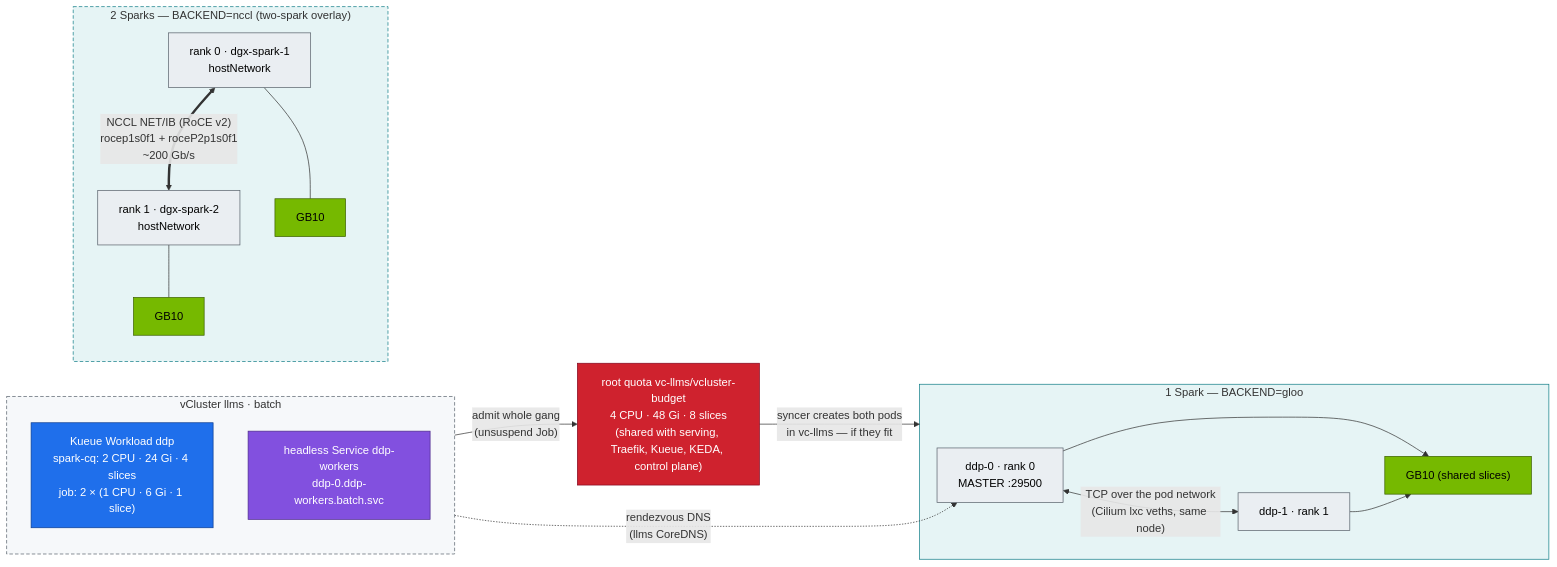
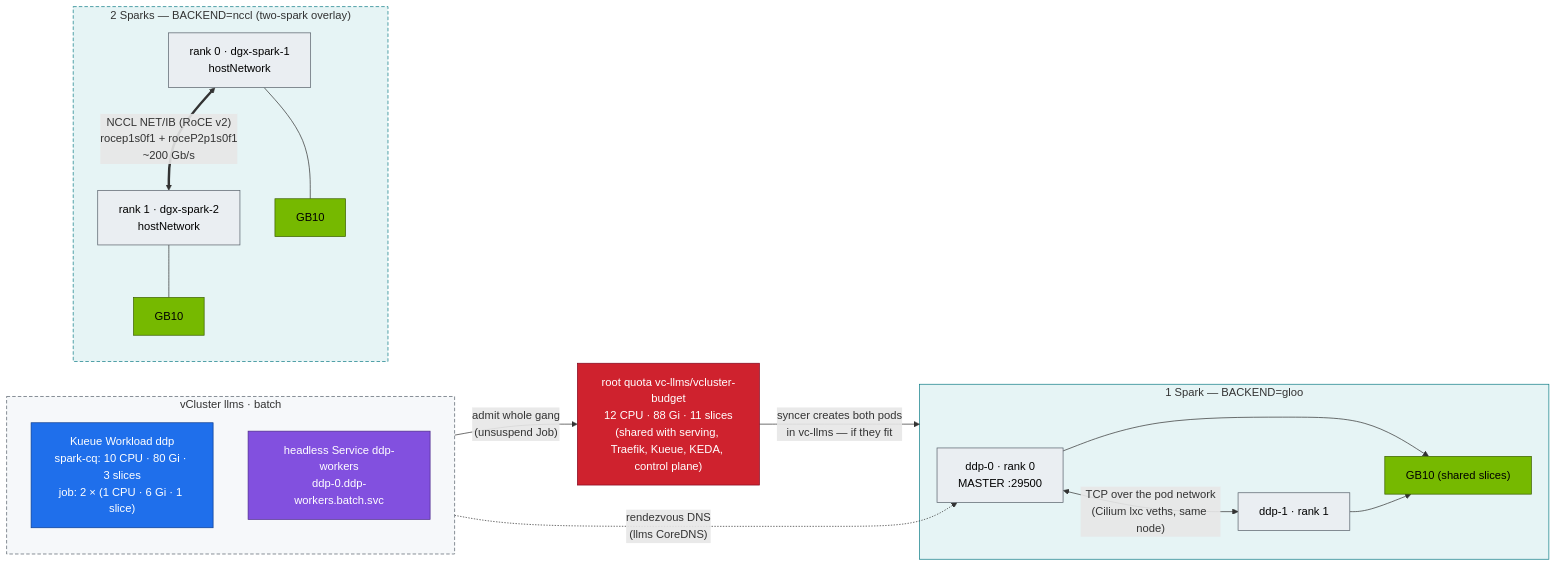
The diagram in 02-Kubernetes/18-distributed-ai-training-and-nccl.md (cloudone365/technical-depth), drawn with Mermaid before and after one commit. The commit also changed other lines of this file and 48 other files, not shown here.

````diff
--- a/02-Kubernetes/18-distributed-ai-training-and-nccl.md
+++ b/02-Kubernetes/18-distributed-ai-training-and-nccl.md
@@ -39,34 +39,34 @@
 ```mermaid
 flowchart LR
   subgraph LLMS["vCluster llms · batch"]
     direction TB
-    WL["Kueue Workload ddp<br/>spark-cq: 2 CPU · 24 Gi · 4 slices<br/>job: 2 × (1 CPU · 6 Gi · 1 slice)"]
+    WL["Kueue Workload ddp<br/>spark-cq: 10 CPU · 80 Gi · 3 slices<br/>job: 2 × (1 CPU · 6 Gi · 1 slice)"]
     HS["headless Service ddp-workers<br/>ddp-0.ddp-workers.batch.svc"]
   end
-  RQ["root quota vc-llms/vcluster-budget<br/>4 CPU · 48 Gi · 8 slices<br/>(shared with serving, Traefik, Kueue, KEDA, control plane)"]
+  RQ["root quota vc-llms/vcluster-budget<br/>12 CPU · 88 Gi · 11 slices<br/>(shared with serving, Traefik, Kueue, KEDA, control plane)"]
   subgraph ONE["1 Spark — BACKEND=gloo"]
     R0["ddp-0 · rank 0<br/>MASTER :29500"] <-->|"TCP over the pod network<br/>(Cilium lxc veths, same node)"| R1["ddp-1 · rank 1"]
     R0 & R1 --> G1["GB10 (shared slices)"]
   end
   subgraph TWO["2 Sparks — BACKEND=nccl (two-spark overlay)"]
     A0["rank 0 · dgx-spark-1<br/>hostNetwork"] <==>|"NCCL NET/IB (RoCE v2)<br/>rocep1s0f1 + roceP2p1s0f1<br/>~200 Gb/s"| A1["rank 1 · dgx-spark-2<br/>hostNetwork"]
     A0 --- GA["GB10"]
     A1 --- GB["GB10"]
   end
   WL -->|"admit whole gang<br/>(unsuspend Job)"| RQ
   RQ -->|"syncer creates both pods<br/>in vc-llms — if they fit"| ONE
   HS -. "rendezvous DNS<br/>(llms CoreDNS)" .-> R0
   classDef gpu fill:#76b900,stroke:#3d6000,color:#000
   classDef net fill:#8250df,stroke:#4c2889,color:#fff
   classDef ctrl fill:#1f6feb,stroke:#0b3d91,color:#fff
   classDef sec fill:#cf222e,stroke:#82071e,color:#fff
   classDef tenant fill:#eaeef2,stroke:#57606a,color:#000
   class G1,GA,GB gpu
   class HS net
   class WL ctrl
   class RQ sec
   class R0,R1,A0,A1 tenant
   style LLMS fill:#f6f8fa,stroke:#57606a,stroke-dasharray:5 3
   style ONE fill:#e6f4f5,stroke:#0e7c86
   style TWO fill:#e6f4f5,stroke:#0e7c86,stroke-dasharray:5 3
 ```
````
